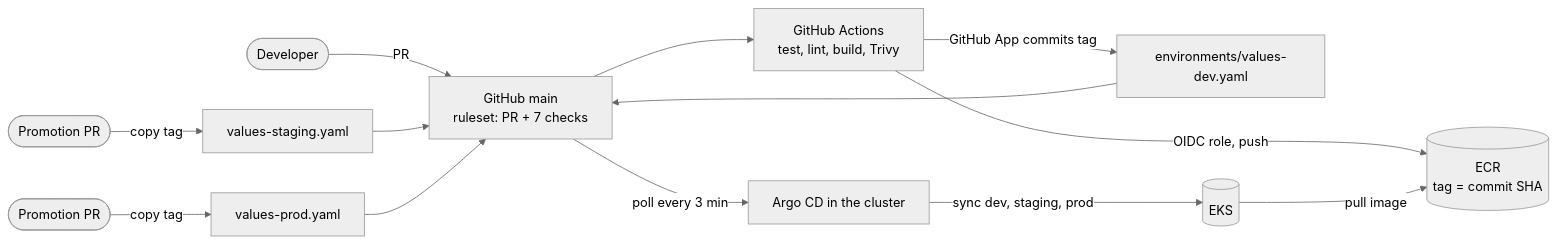
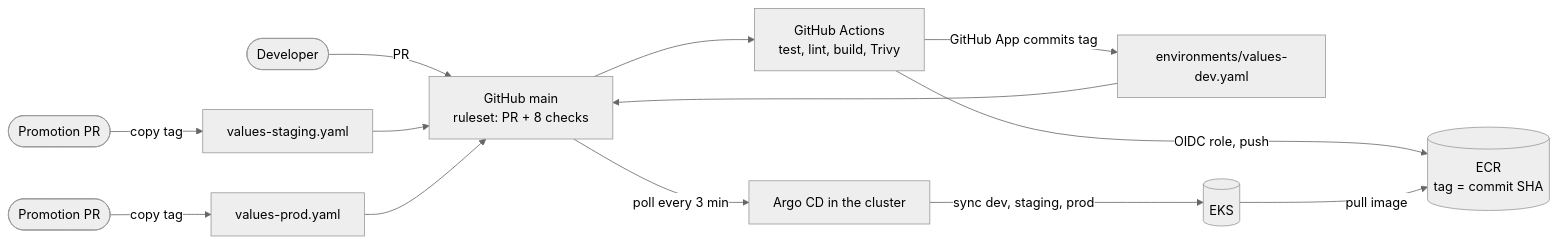
Before and after one commit to ofirtasa/kubernetes-gitops-platform: the second of 3 diagrams in docs/architecture.md, drawn with Mermaid (neutral theme). The commit also changed 1 other file, not shown here.

Commit message:
docs: main now requires eight status checks
validate (monitoring) was added to the main ruleset's required checks.

````diff
--- a/docs/architecture.md
+++ b/docs/architecture.md
@@ -61,15 +61,15 @@
 ```mermaid
 flowchart LR
-    dev([Developer]) -->|PR| gh[GitHub main<br/>ruleset: PR + 7 checks]
+    dev([Developer]) -->|PR| gh[GitHub main<br/>ruleset: PR + 8 checks]
     gh --> ci[GitHub Actions<br/>test, lint, build, Trivy]
     ci -->|OIDC role, push| ecr[(ECR<br/>tag = commit SHA)]
     ci -->|GitHub App commits tag| devvals[environments/values-dev.yaml]
     devvals --> gh
     pr1([Promotion PR]) -->|copy tag| stg[values-staging.yaml]
     pr2([Promotion PR]) -->|copy tag| prd[values-prod.yaml]
     stg --> gh
     prd --> gh
     gh -->|poll every 3 min| argo[Argo CD in the cluster]
     argo -->|sync dev, staging, prod| k8s[(EKS)]
     k8s -->|pull image| ecr
 ```
````
